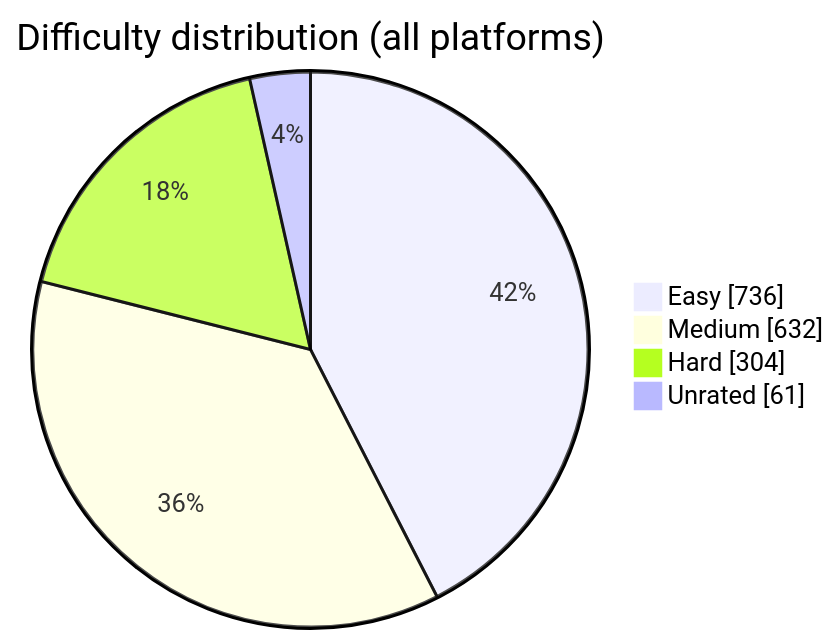
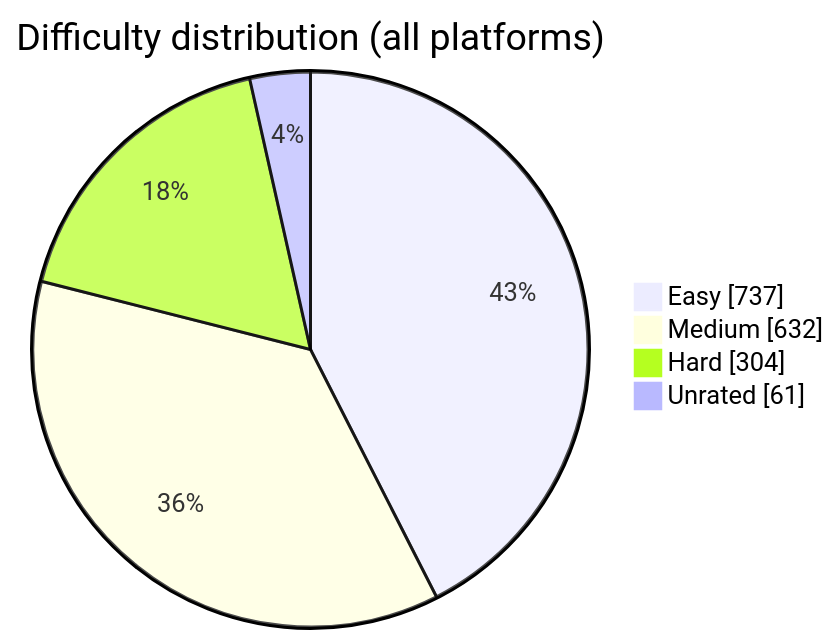
One commit to BuildbyArindam/Daily-Coding-Log changed the diagram in README.md. Above: the diagram before and after it, drawn with Mermaid. The commit also changed other lines of this file, not shown here.

````diff
--- a/README.md
+++ b/README.md
@@ -93,7 +93,7 @@
 ```mermaid
 pie showData title Difficulty distribution (all platforms)
-    "Easy" : 736
+    "Easy" : 737
     "Medium" : 632
     "Hard" : 304
     "Unrated" : 61
 ```
````
